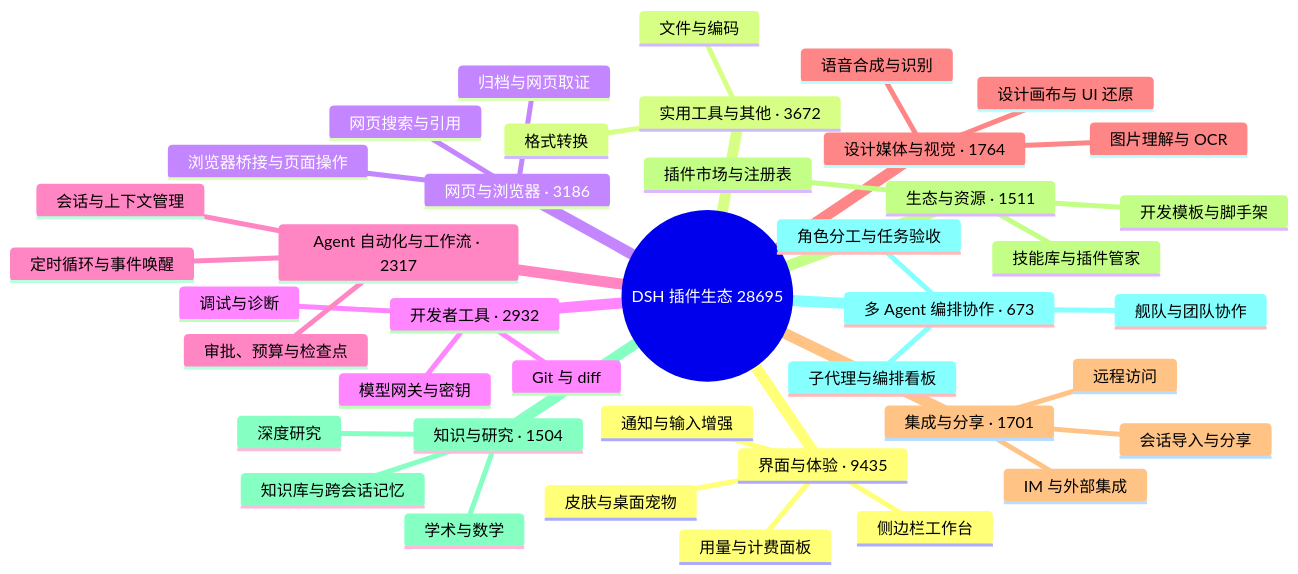
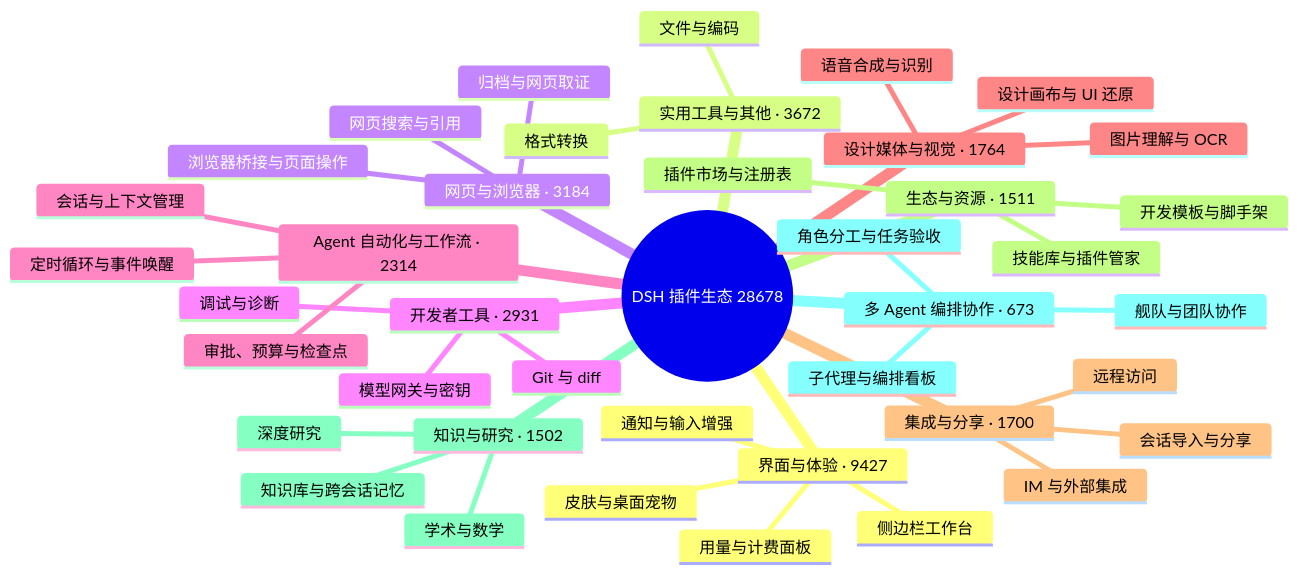
The diagram in README.md (bruc3van/awesome-dsh-plugin), drawn with Mermaid before and after one commit. The commit also changed other lines of this file and 26 other files, not shown here.

````diff
--- a/README.md
+++ b/README.md
@@ -40,44 +40,44 @@
 ```mermaid
 mindmap
-  root((DSH 插件生态 28695))
-    界面与体验 · 9435
+  root((DSH 插件生态 28678))
+    界面与体验 · 9427
       用量与计费面板
       侧边栏工作台
       皮肤与桌面宠物
       通知与输入增强
     实用工具与其他 · 3672
       文件与编码
       格式转换
-    网页与浏览器 · 3186
+    网页与浏览器 · 3184
       浏览器桥接与页面操作
       网页搜索与引用
       归档与网页取证
-    开发者工具 · 2932
+    开发者工具 · 2931
       Git 与 diff
       模型网关与密钥
       调试与诊断
-    Agent 自动化与工作流 · 2317
+    Agent 自动化与工作流 · 2314
       会话与上下文管理
       定时循环与事件唤醒
       审批、预算与检查点
     设计媒体与视觉 · 1764
       图片理解与 OCR
       设计画布与 UI 还原
       语音合成与识别
-    集成与分享 · 1701
+    集成与分享 · 1700
       会话导入与分享
       远程访问
       IM 与外部集成
     生态与资源 · 1511
       插件市场与注册表
       技能库与插件管家
       开发模板与脚手架
-    知识与研究 · 1504
+    知识与研究 · 1502
       知识库与跨会话记忆
       深度研究
       学术与数学
     多 Agent 编排协作 · 673
       子代理与编排看板
       舰队与团队协作
       角色分工与任务验收
 ```
````
